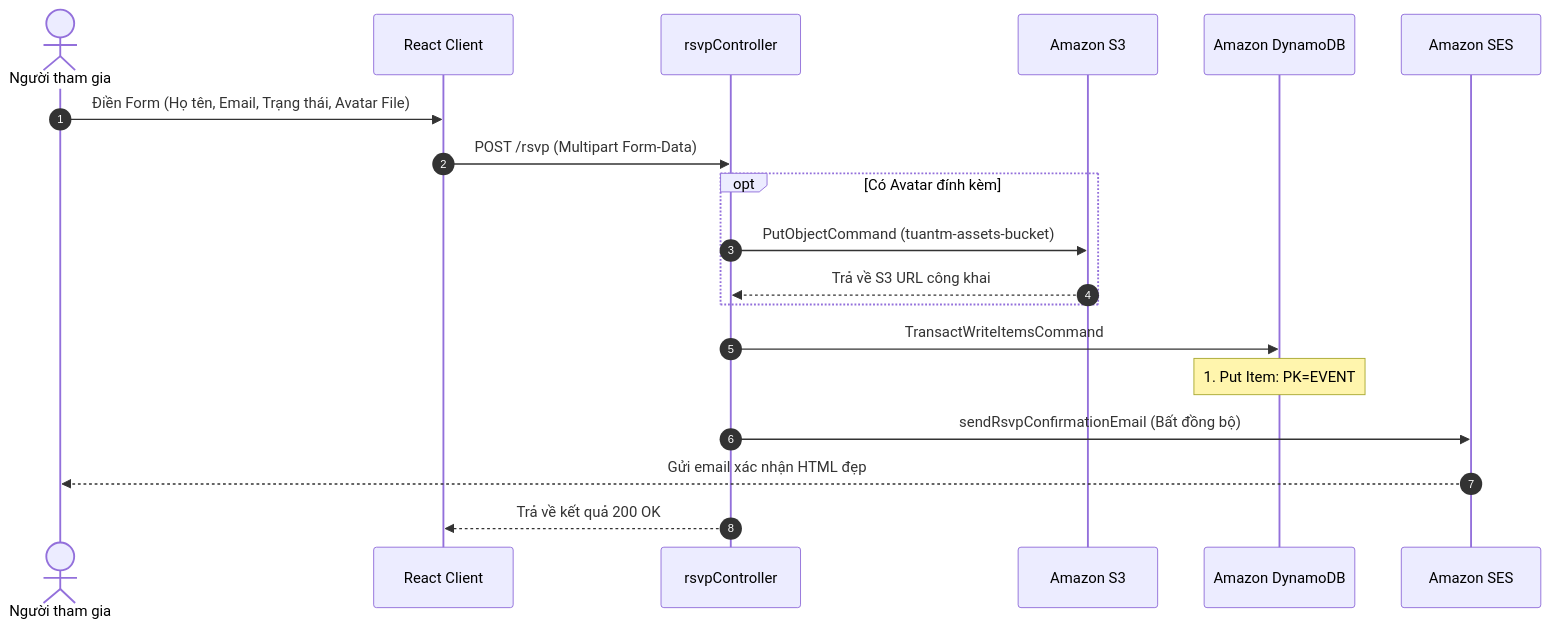
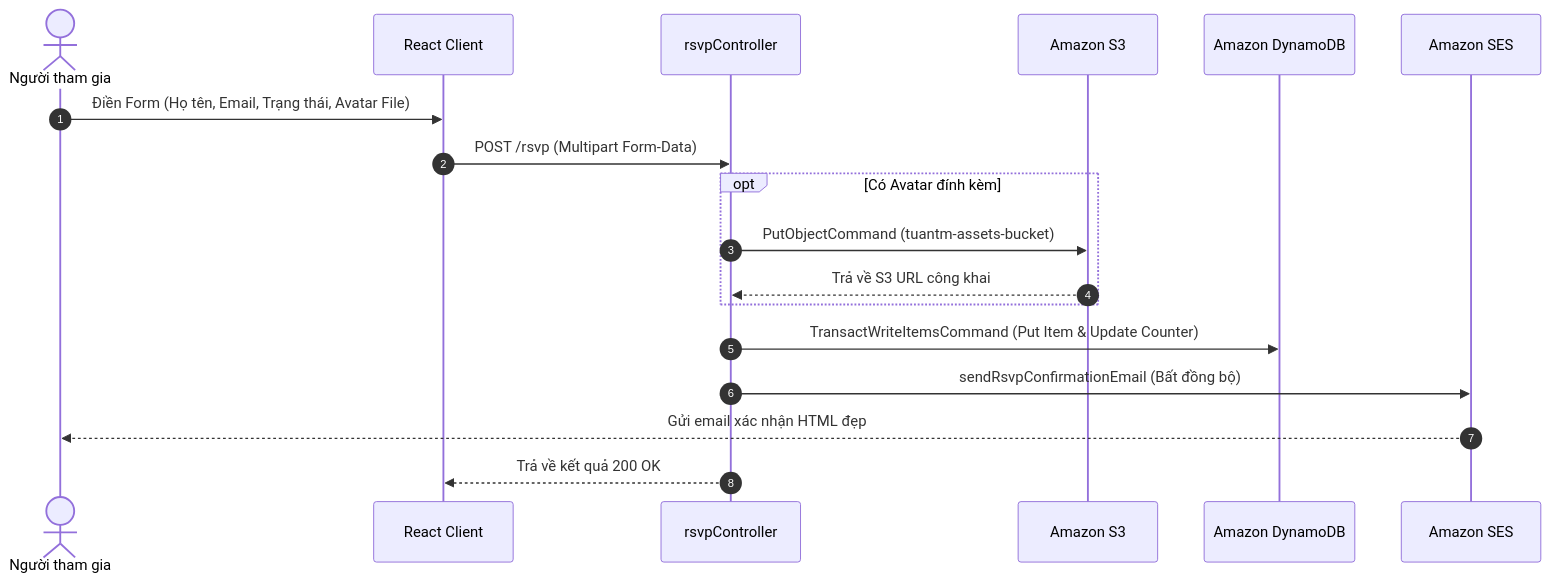
The third of 3 diagrams in README.md (aws-tuantm/source.awscloud.be), drawn with Mermaid before and after one commit. The commit also changed other lines of this file and 1 other file, not shown here.

````diff
--- a/README.md
+++ b/README.md
@@ -137,22 +137,21 @@
 ```mermaid
 sequenceDiagram
     autonumber
     actor User as Người tham gia
     participant App as React Client
     participant RSVPCtrl as rsvpController
     participant S3 as Amazon S3
     participant Dynamo as Amazon DynamoDB
     participant SES as Amazon SES
 
     User->>App: Điền Form (Họ tên, Email, Trạng thái, Avatar File)
     App->>RSVPCtrl: POST /rsvp (Multipart Form-Data)
     opt Có Avatar đính kèm
         RSVPCtrl->>S3: PutObjectCommand (tuantm-assets-bucket)
         S3-->>RSVPCtrl: Trả về S3 URL công khai
     end
-    RSVPCtrl->>Dynamo: TransactWriteItemsCommand
-    Note over Dynamo: 1. Put Item: PK=EVENT#id, SK=USER#email<br/>2. Update Item: ADD yes_count / no_count
+    RSVPCtrl->>Dynamo: TransactWriteItemsCommand (Put Item & Update Counter)
     RSVPCtrl->>SES: sendRsvpConfirmationEmail (Bất đồng bộ)
     SES-->>User: Gửi email xác nhận HTML đẹp
     RSVPCtrl-->>App: Trả về kết quả 200 OK
 ```
````
